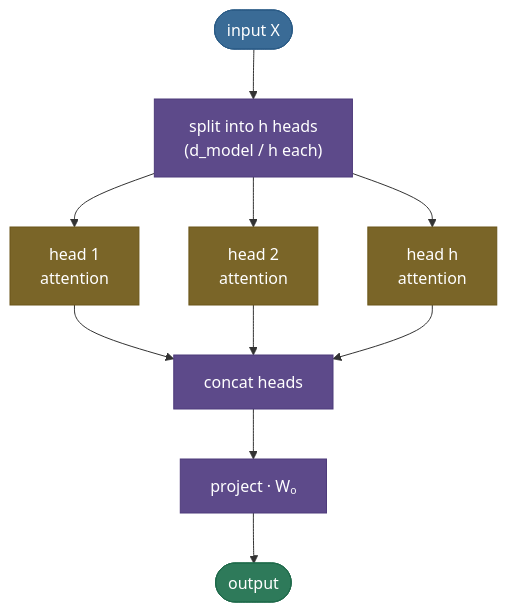
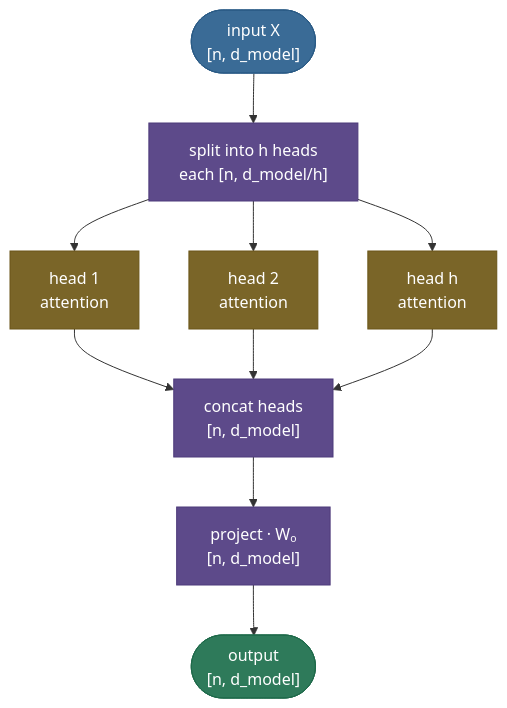
One commit to sudhir13s/AI-ML-learning-resources changed the third of 5 diagrams in 05. Deep_Learning/concepts/15-Attention-Mechanism.md. Above: the diagram before and after it, drawn with Mermaid. The commit also changed other lines of this file and 5 other files, not shown here.

````diff
--- a/05. Deep_Learning/concepts/15-Attention-Mechanism.md
+++ b/05. Deep_Learning/concepts/15-Attention-Mechanism.md
@@ -223,17 +339,17 @@
 ```mermaid
 graph TD
-    X(["input X"]):::data --> SP["split into h heads<br/>(d_model / h each)"]:::process
+    X(["input X<br/>[n, d_model]"]):::data --> SP["split into h heads<br/>each [n, d_model/h]"]:::process
     SP --> H1["head 1<br/>attention"]:::amber
     SP --> H2["head 2<br/>attention"]:::amber
     SP --> H3["head h<br/>attention"]:::amber
-    H1 --> CC["concat heads"]:::process
+    H1 --> CC["concat heads<br/>[n, d_model]"]:::process
     H2 --> CC
     H3 --> CC
-    CC --> WO["project · Wₒ"]:::process
-    WO --> O(["output"]):::out
+    CC --> WO["project · Wₒ<br/>[n, d_model]"]:::process
+    WO --> O(["output<br/>[n, d_model]"]):::out
 
     classDef data fill:#3A6B96,stroke:#2A5B86,color:#fff
     classDef process fill:#5D4A8A,stroke:#4D3A7A,color:#fff
     classDef amber fill:#7A6528,stroke:#6A5518,color:#fff
     classDef out fill:#2E7A5A,stroke:#1E6A4A,color:#fff
 ```
````
